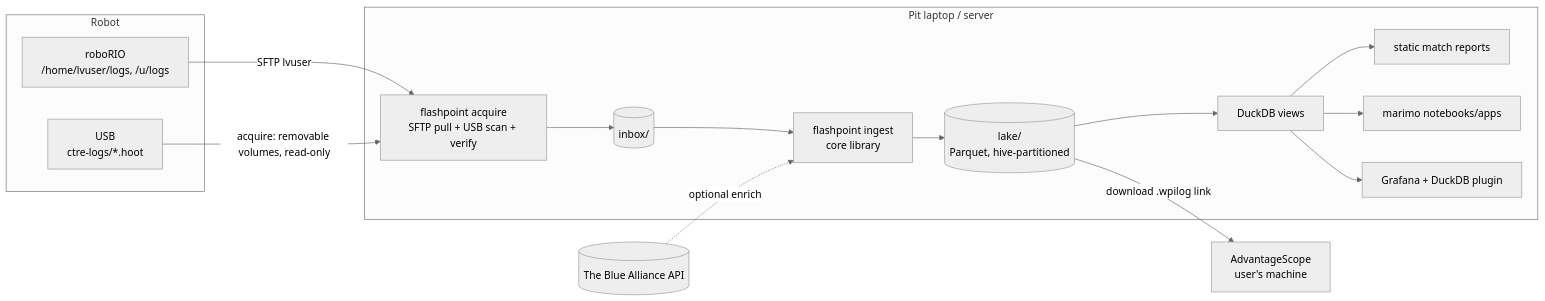
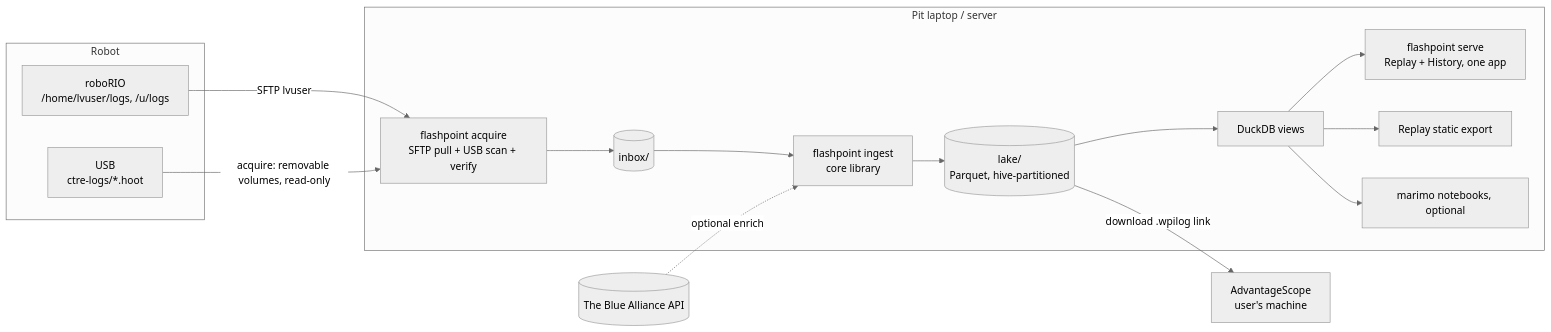
Before and after one commit to IgniteRobotics/flashpoint: the first of 3 diagrams in docs/rewrite/05-target-architecture.md, drawn with Mermaid (neutral theme). The commit also changed other lines of this file and 9 other files, not shown here.

First line of the commit message:
docs(p4): ADR-0013 one local app, amend 0006, roadmap, README, notebook

````diff
--- a/docs/rewrite/05-target-architecture.md
+++ b/docs/rewrite/05-target-architecture.md
@@ -22,26 +22,26 @@
 ```mermaid
 flowchart LR
     subgraph Robot
       RIO[roboRIO<br>/home/lvuser/logs, /u/logs]
       USB[USB<br>ctre-logs/*.hoot]
     end
     subgraph Pit laptop / server
       ACQ[flashpoint acquire<br>SFTP pull + USB scan + verify]
       INBOX[(inbox/)]
       ING[flashpoint ingest<br>core library]
       LAKE[(lake/<br>Parquet, hive-partitioned)]
       DUCK[DuckDB views]
-      SITE[static match reports]
-      NB[marimo notebooks/apps]
-      GRAF[Grafana + DuckDB plugin]
+      APP[flashpoint serve<br>Replay + History, one app]
+      SITE[Replay static export]
+      NB[marimo notebooks, optional]
     end
     TBA[(The Blue Alliance API)]
     AS[AdvantageScope<br>user's machine]
 
     RIO -->|SFTP lvuser| ACQ
     USB -->|acquire: removable volumes, read-only| ACQ
     ACQ --> INBOX --> ING --> LAKE --> DUCK
     TBA -.optional enrich.-> ING
-    DUCK --> SITE & NB & GRAF
+    DUCK --> APP & SITE & NB
     LAKE -->|download .wpilog link| AS
 ```
````
